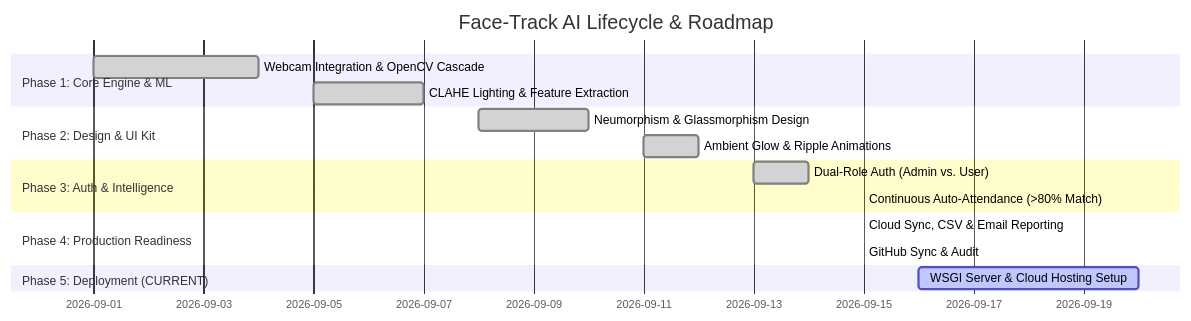
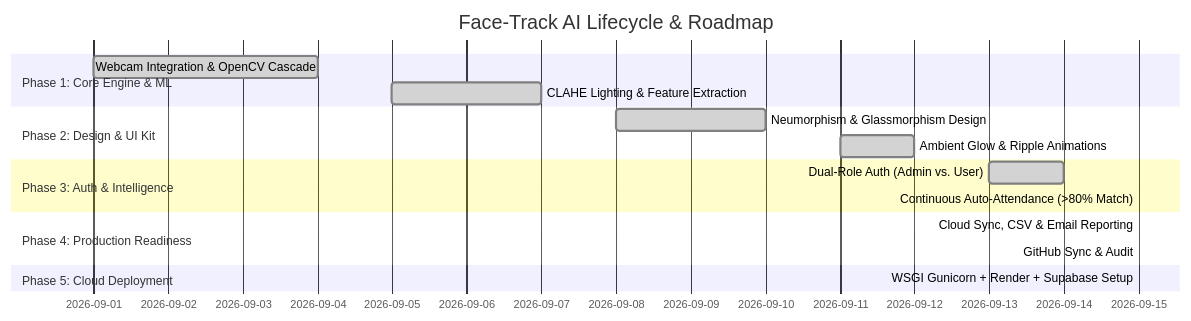
Before and after one commit to ayushsharma2403/Face-Track_AI: the diagram in TIMELINE_AND_PHASES.md, drawn with Mermaid. The commit also changed other lines of this file, not shown here.

Commit message:
docs: Mark Phase 5 Cloud Deployment 100% complete with live Render URL

````diff
--- a/TIMELINE_AND_PHASES.md
+++ b/TIMELINE_AND_PHASES.md
@@ -11,19 +12,19 @@
 ```mermaid
 gantt
     title Face-Track AI Lifecycle & Roadmap
     dateFormat  YYYY-MM-DD
     section Phase 1: Core Engine & ML
     Webcam Integration & OpenCV Cascade       :done, p1, 2026-09-01, 2026-09-04
     CLAHE Lighting & Feature Extraction       :done, p2, 2026-09-05, 2026-09-07
     section Phase 2: Design & UI Kit
     Neumorphism & Glassmorphism Design        :done, p3, 2026-09-08, 2026-09-10
     Ambient Glow & Ripple Animations          :done, p4, 2026-09-11, 2026-09-12
     section Phase 3: Auth & Intelligence
     Dual-Role Auth (Admin vs. User)           :done, p5, 2026-09-13, 2026-09-14
     Continuous Auto-Attendance (>80% Match)   :done, p6, 2026-09-15, 2026-09-15
     section Phase 4: Production Readiness
     Cloud Sync, CSV & Email Reporting         :done, p7, 2026-09-15, 2026-09-15
     GitHub Sync & Audit                       :done, p8, 2026-09-15, 2026-09-15
-    section Phase 5: Deployment (CURRENT)
-    WSGI Server & Cloud Hosting Setup         :active, p9, 2026-09-16, 2026-09-20
+    section Phase 5: Cloud Deployment
+    WSGI Gunicorn + Render + Supabase Setup   :done, p9, 2026-09-15, 2026-09-15
 ```
````
